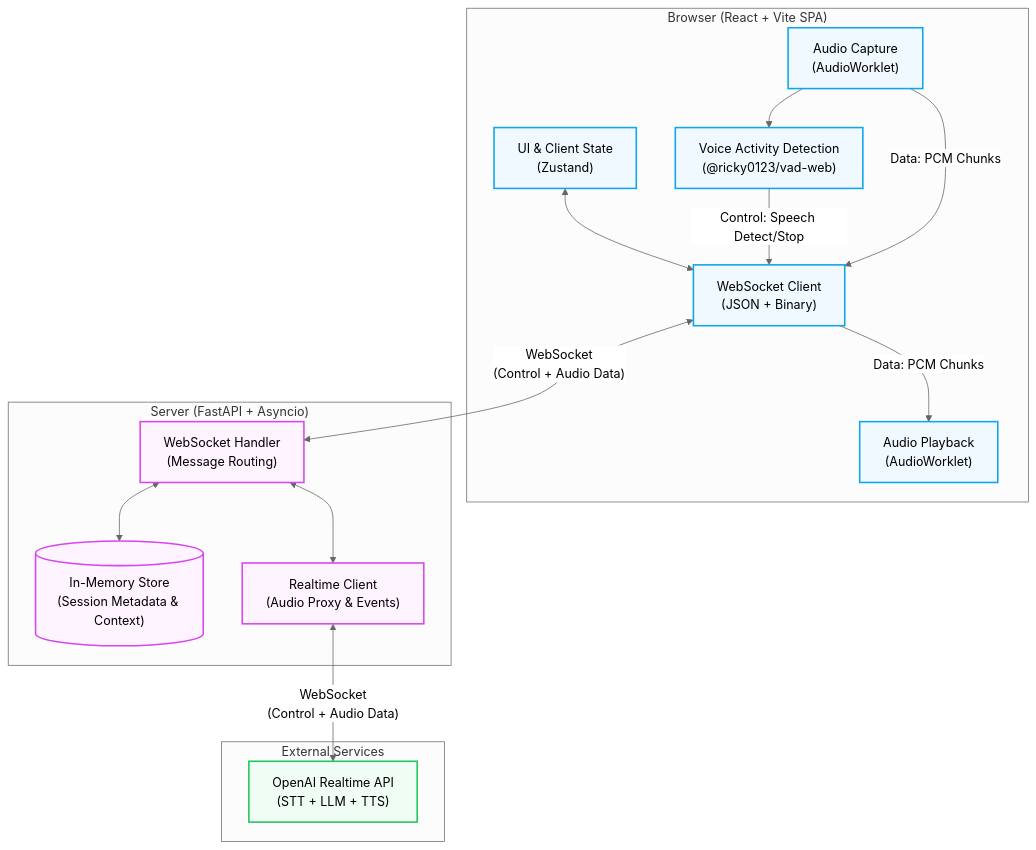
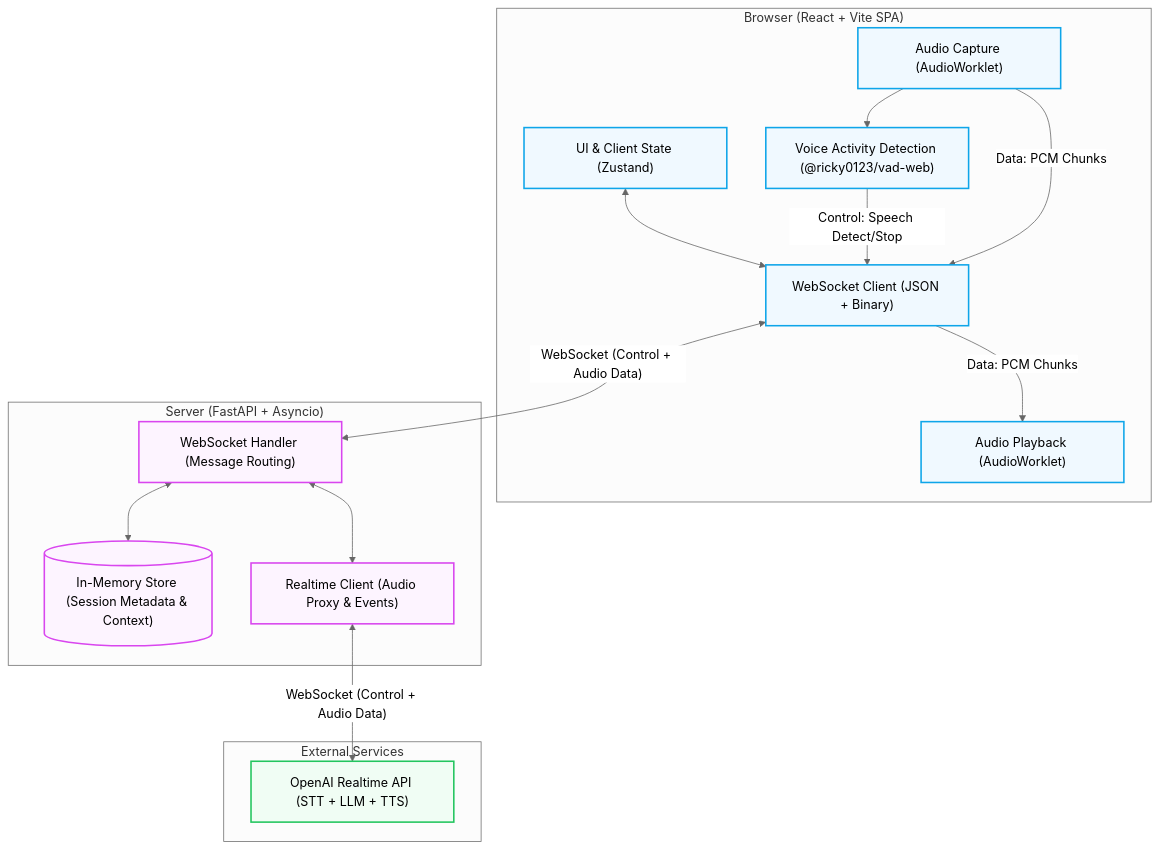
One commit to namtroi/VeloVoice-AI changed the diagram in docs/highlevel-design.md. Above: the diagram before and after it, drawn with Mermaid (neutral theme).

Commit message:
docs: adjust high-level design diagram text

````diff
--- a/docs/highlevel-design.md
+++ b/docs/highlevel-design.md
@@ -17,41 +17,41 @@
 ```mermaid
 graph TD
     classDef client fill:#f0f9ff,stroke:#0ea5e9,stroke-width:2px;
     classDef server fill:#fdf4ff,stroke:#d946ef,stroke-width:2px;
     classDef external fill:#f0fdf4,stroke:#22c55e,stroke-width:2px;
 
     %% Frontend Components
     subgraph Client ["Browser (React + Vite SPA)"]
-        UI["UI & Client State\n(Zustand)"]:::client
-        AudioCap["Audio Capture\n(AudioWorklet)"]:::client
-        AudioPlay["Audio Playback\n(AudioWorklet)"]:::client
-        VAD["Voice Activity Detection\n(@ricky0123/vad-web)"]:::client
-        WSClient["WebSocket Client\n(JSON + Binary)"]:::client
+        UI["UI & Client State (Zustand)"]:::client
+        AudioCap["Audio Capture (AudioWorklet)"]:::client
+        AudioPlay["Audio Playback (AudioWorklet)"]:::client
+        VAD["Voice Activity Detection (@ricky0123/vad-web)"]:::client
+        WSClient["WebSocket Client (JSON + Binary)"]:::client
 
         UI <--> WSClient
         AudioCap --> VAD
         VAD -- "Control: Speech Detect/Stop" --> WSClient
         AudioCap -- "Data: PCM Chunks" --> WSClient
         WSClient -- "Data: PCM Chunks" --> AudioPlay
     end
 
     %% Backend Components
     subgraph Backend ["Server (FastAPI + Asyncio)"]
-        WSServer["WebSocket Handler\n(Message Routing)"]:::server
-        SessionStore[("In-Memory Store\n(Session Metadata & Context)")]:::server
-        Proxy["Realtime Client\n(Audio Proxy & Events)"]:::server
+        WSServer["WebSocket Handler (Message Routing)"]:::server
+        SessionStore[("In-Memory Store (Session Metadata & Context)")]:::server
+        Proxy["Realtime Client (Audio Proxy & Events)"]:::server
 
         WSServer <--> Proxy
         WSServer <--> SessionStore
     end
 
     %% External Dependencies
     subgraph External ["External Services"]
-        OpenAI["OpenAI Realtime API\n(STT + LLM + TTS)"]:::external
+        OpenAI["OpenAI Realtime API (STT + LLM + TTS)"]:::external
     end
 
     %% Connections
-    WSClient -- "WebSocket\n(Control + Audio Data)" <--> WSServer
-    Proxy -- "WebSocket\n(Control + Audio Data)" <--> OpenAI
+    WSClient -- "WebSocket (Control + Audio Data)" <--> WSServer
+    Proxy -- "WebSocket (Control + Audio Data)" <--> OpenAI
 
 ```
````
